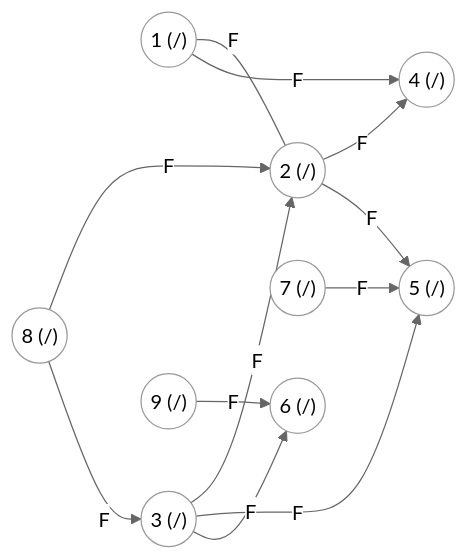
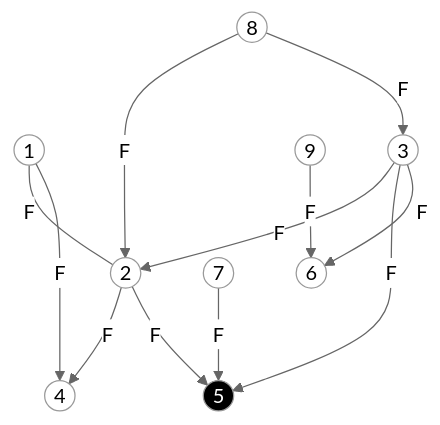
One commit to UFMG-Organizacao-de-Disciplinas/DCC865-Projeto_e_Analise_de_Algoritmos changed the fourth of 11 diagrams in 2024.2/Materiais Complementares - Enviados pelos alunos/Resoluções das listas/Módulo 2 - Lista 4.md. Above: the diagram before and after it, drawn with Mermaid (neutral theme). The commit also changed other lines of this file, not shown here.

````diff
--- a/2024.2/Materiais Complementares - Enviados pelos alunos/Resoluções das listas/Módulo 2 - Lista 4.md
+++ b/2024.2/Materiais Complementares - Enviados pelos alunos/Resoluções das listas/Módulo 2 - Lista 4.md
@@ -20,37 +136,37 @@
 ```mermaid
-graph LR
+graph TD
     %% Coloração: fundo branco, texto preto
-    style V1 fill:#fff,color:#000
-    style V2 fill:#fff,color:#000
-    style V3 fill:#fff,color:#000
-    style V4 fill:#fff,color:#000
-    style V5 fill:#fff,color:#000
-    style V6 fill:#fff,color:#000
-    style V7 fill:#fff,color:#000
-    style V8 fill:#fff,color:#000
-    style V9 fill:#fff,color:#000
+    style V1 fill:#fff, color:#000
+    style V2 fill:#fff, color:#000
+    style V3 fill:#fff, color:#000
+    style V4 fill:#fff, color:#000
+    style V5 fill:#000, color:#fff
+    style V6 fill:#fff, color:#000
+    style V7 fill:#fff, color:#000
+    style V8 fill:#fff, color:#000
+    style V9 fill:#fff, color:#000
 
     %% Vértices
-    V1(("1 (/)"))
-    V2(("2 (/)"))
-    V3(("3 (/)"))
-    V4(("4 (/)"))
-    V5(("5 (/)"))
-    V6(("6 (/)"))
-    V7(("7 (/)"))
-    V8(("8 (/)"))
-    V9(("9 (/)"))
+    V1(("1"))
+    V2(("2"))
+    V3(("3"))
+    V4(("4"))
+    V5(("5"))
+    V6(("6"))
+    V7(("7"))
+    V8(("8"))
+    V9(("9"))
 
     %% Arestas
     V1 ---|F| V2
     V1 -->|F| V4
     V2 -->|F| V4
     V2 -->|F| V5
     V3 -->|F| V2
     V3 -->|F| V5
     V3 -->|F| V6
     V7 -->|F| V5
     V8 -->|F| V2
     V8 -->|F| V3
     V9 -->|F| V6
 ```
````
